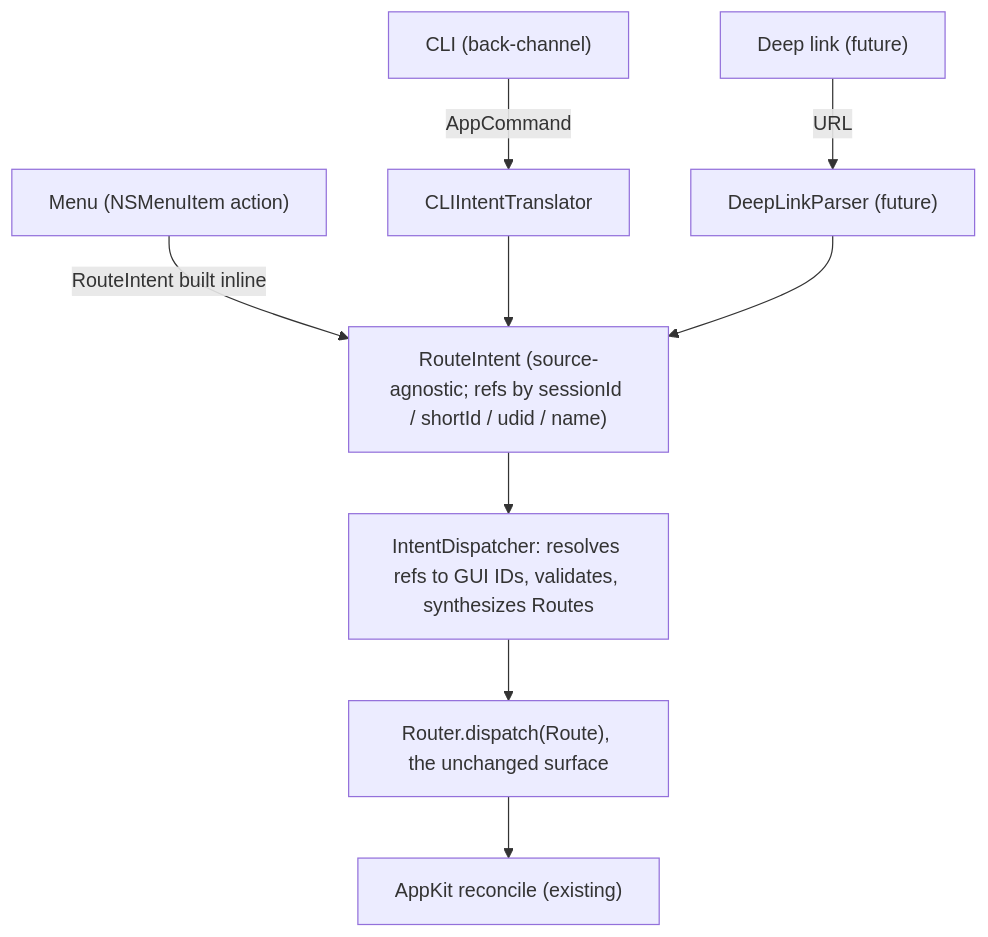
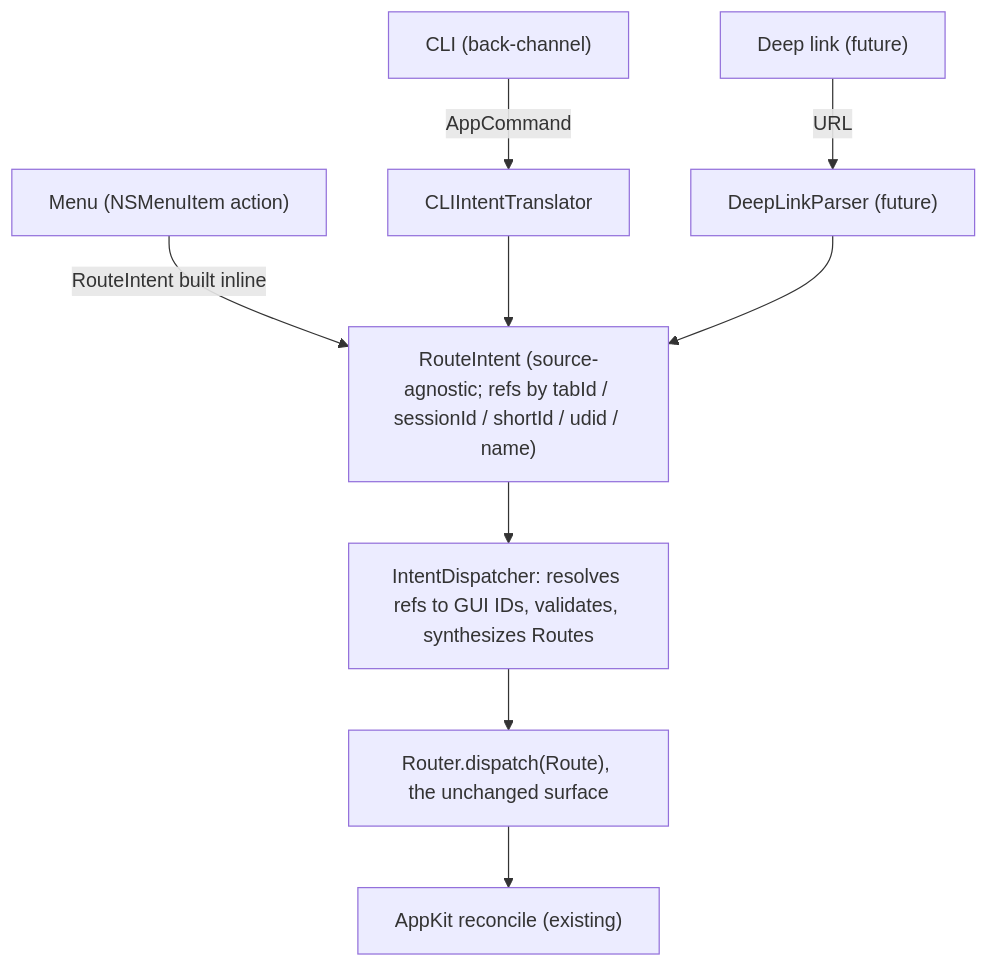
The third of 4 diagrams in docs/ARCHITECTURE.md (sethdeckard/deviceterm), drawn with Mermaid before and after one commit. The commit also changed other lines of this file and 41 other files, not shown here.

````diff
--- a/docs/ARCHITECTURE.md
+++ b/docs/ARCHITECTURE.md
@@ -3019,11 +3050,11 @@
 ```mermaid
 flowchart TD
     SRC1["CLI (back-channel)"] -->|AppCommand| CT[CLIIntentTranslator]
     SRC2["Deep link (future)"] -->|URL| DP["DeepLinkParser (future)"]
     SRC3["Menu (NSMenuItem action)"] -->|"RouteIntent built inline"| RI
-    CT --> RI["RouteIntent (source-agnostic; refs by sessionId / shortId / udid / name)"]
+    CT --> RI["RouteIntent (source-agnostic; refs by tabId / sessionId / shortId / udid / name)"]
     DP --> RI
     RI --> ID["IntentDispatcher: resolves refs to GUI IDs, validates, synthesizes Routes"]
     ID --> R["Router.dispatch(Route), the unchanged surface"]
     R --> AK["AppKit reconcile (existing)"]
 ```
````
